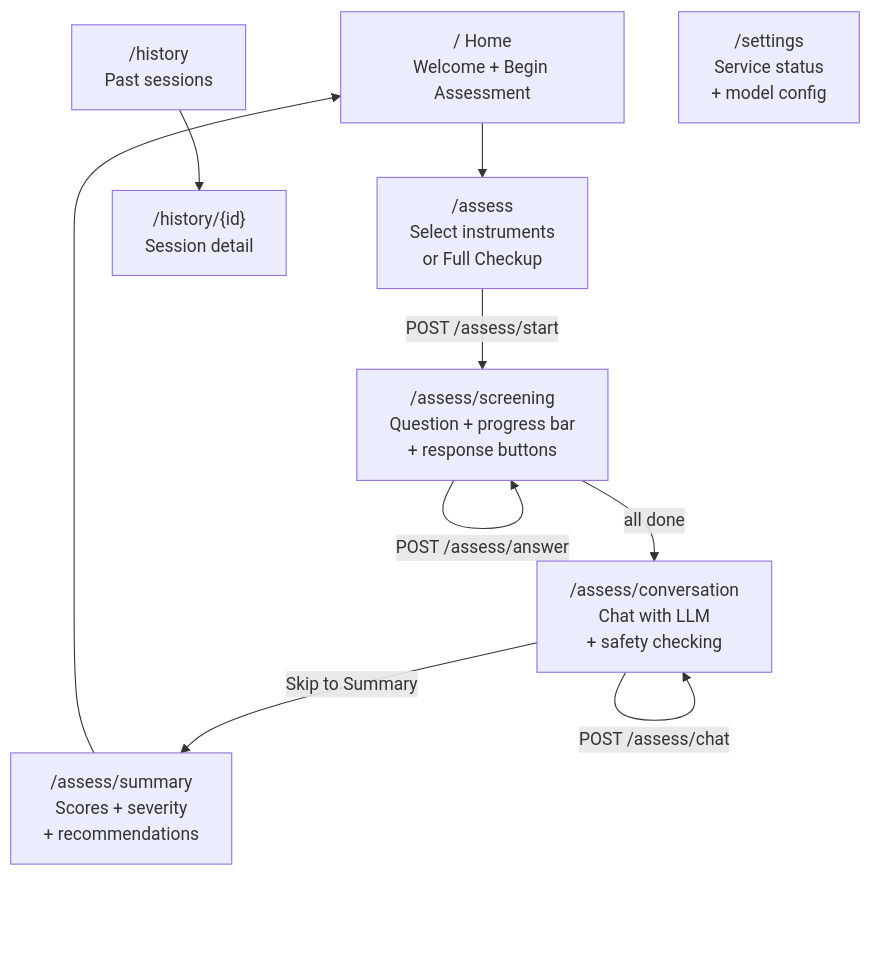
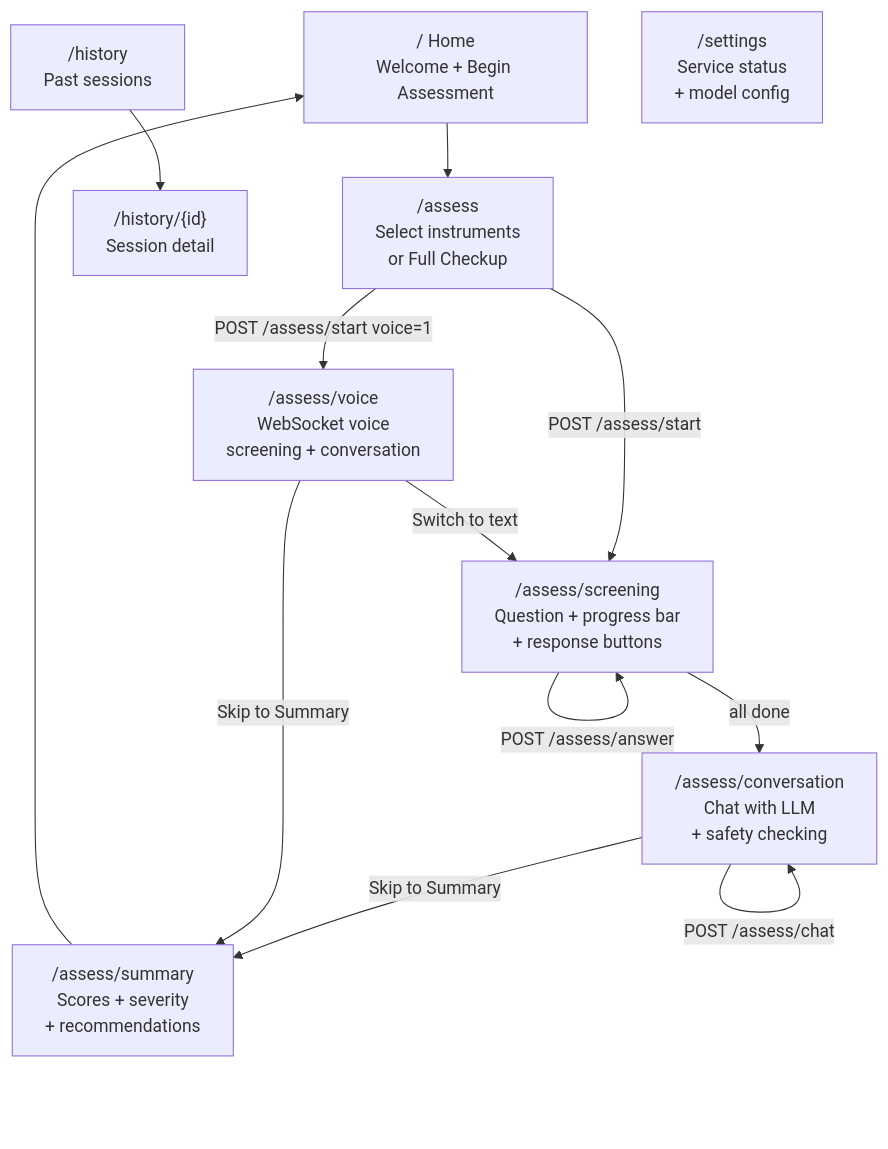
The seventh of 11 diagrams in docs/architecture.md (bodharma/talker), drawn with Mermaid before and after one commit. The commit also changed other lines of this file, not shown here.

First line of the commit message:
docs: update architecture.md for completed voice I/O implementation

````diff
--- a/docs/architecture.md
+++ b/docs/architecture.md
@@ -322,13 +348,16 @@
 ```mermaid
 flowchart TB
     HOME["/ Home<br/>Welcome + Begin Assessment"] --> ASSESS["/assess<br/>Select instruments<br/>or Full Checkup"]
     ASSESS -->|POST /assess/start| SCREEN["/assess/screening<br/>Question + progress bar<br/>+ response buttons"]
+    ASSESS -->|POST /assess/start voice=1| VOICEUI["/assess/voice<br/>WebSocket voice<br/>screening + conversation"]
     SCREEN -->|POST /assess/answer| SCREEN
     SCREEN -->|all done| CHAT["/assess/conversation<br/>Chat with LLM<br/>+ safety checking"]
     CHAT -->|POST /assess/chat| CHAT
     CHAT -->|Skip to Summary| SUMMARY["/assess/summary<br/>Scores + severity<br/>+ recommendations"]
+    VOICEUI -->|Skip to Summary| SUMMARY
+    VOICEUI -->|Switch to text| SCREEN
     SUMMARY --> HOME
 
     HIST["/history<br/>Past sessions"] --> DETAIL["/history/{id}<br/>Session detail"]
     SETTINGS["/settings<br/>Service status<br/>+ model config"]
 ```
````
